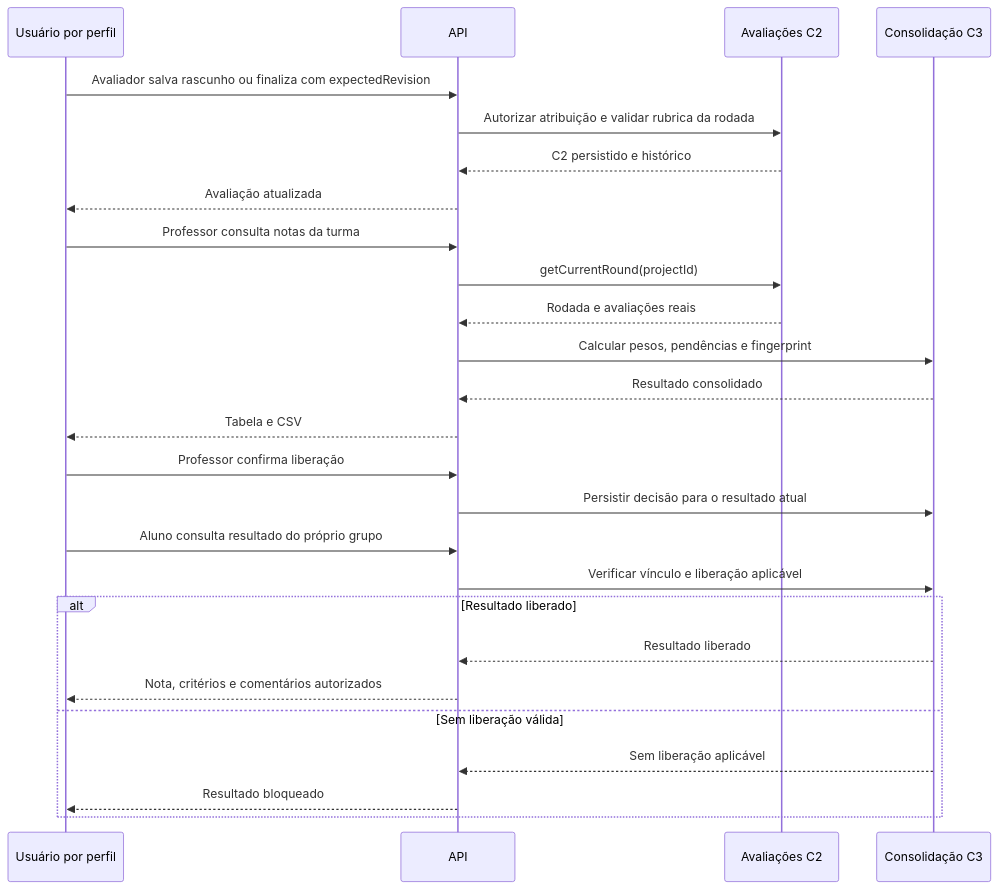
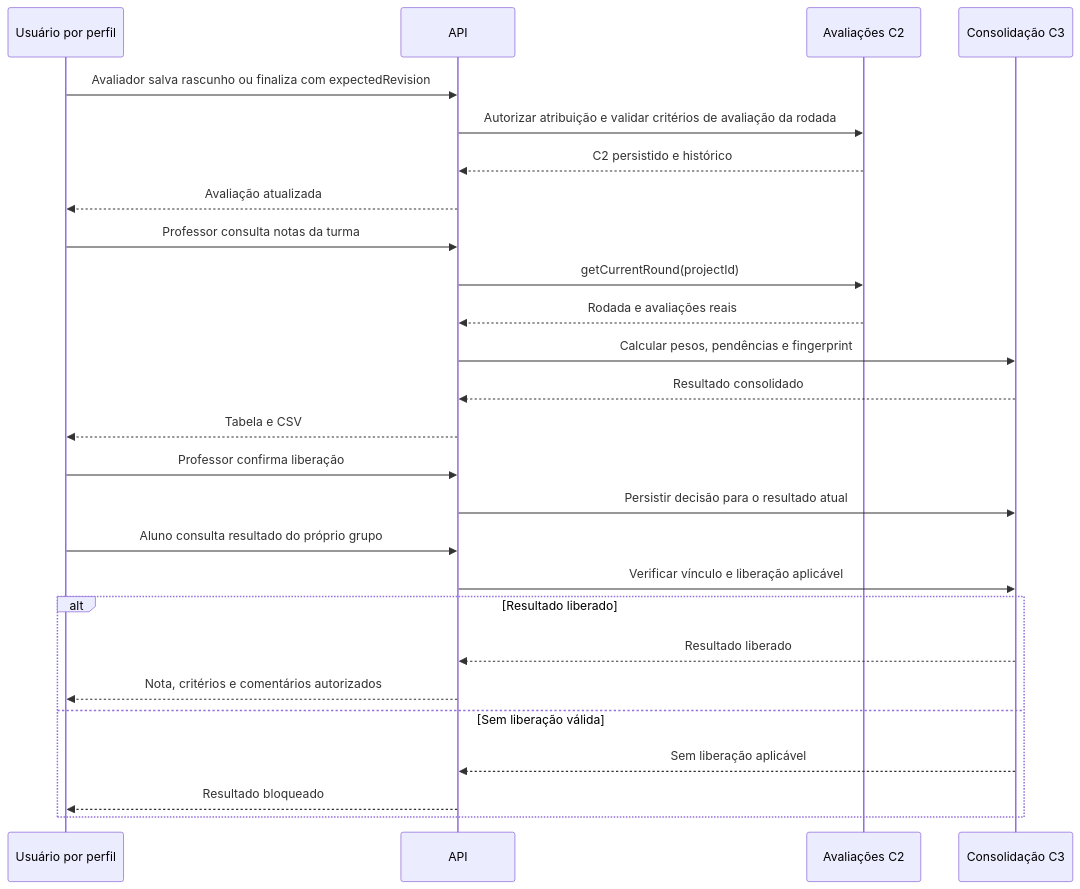
The fourth of 5 diagrams in docs/diagramas-sequencia.md (henriquemantovan/Labrary-Digital-PCS-3643), drawn with Mermaid before and after one commit. The commit also changed other lines of this file and 72 other files, not shown here.

Commit message:
Atualiza apresentação e adota critérios de avaliação na interface

````diff
--- a/docs/diagramas-sequencia.md
+++ b/docs/diagramas-sequencia.md
@@ -89,28 +89,28 @@
 ```mermaid
 sequenceDiagram
     participant U as Usuário por perfil
     participant A as API
     participant E as Avaliações C2
     participant C as Consolidação C3
     U->>A: Avaliador salva rascunho ou finaliza com expectedRevision
-    A->>E: Autorizar atribuição e validar rubrica da rodada
+    A->>E: Autorizar atribuição e validar critérios de avaliação da rodada
     E-->>A: C2 persistido e histórico
     A-->>U: Avaliação atualizada
     U->>A: Professor consulta notas da turma
     A->>E: getCurrentRound(projectId)
     E-->>A: Rodada e avaliações reais
     A->>C: Calcular pesos, pendências e fingerprint
     C-->>A: Resultado consolidado
     A-->>U: Tabela e CSV
     U->>A: Professor confirma liberação
     A->>C: Persistir decisão para o resultado atual
     U->>A: Aluno consulta resultado do próprio grupo
     A->>C: Verificar vínculo e liberação aplicável
     alt Resultado liberado
         C-->>A: Resultado liberado
         A-->>U: Nota, critérios e comentários autorizados
     else Sem liberação válida
         C-->>A: Sem liberação aplicável
         A-->>U: Resultado bloqueado
     end
 ```
````
